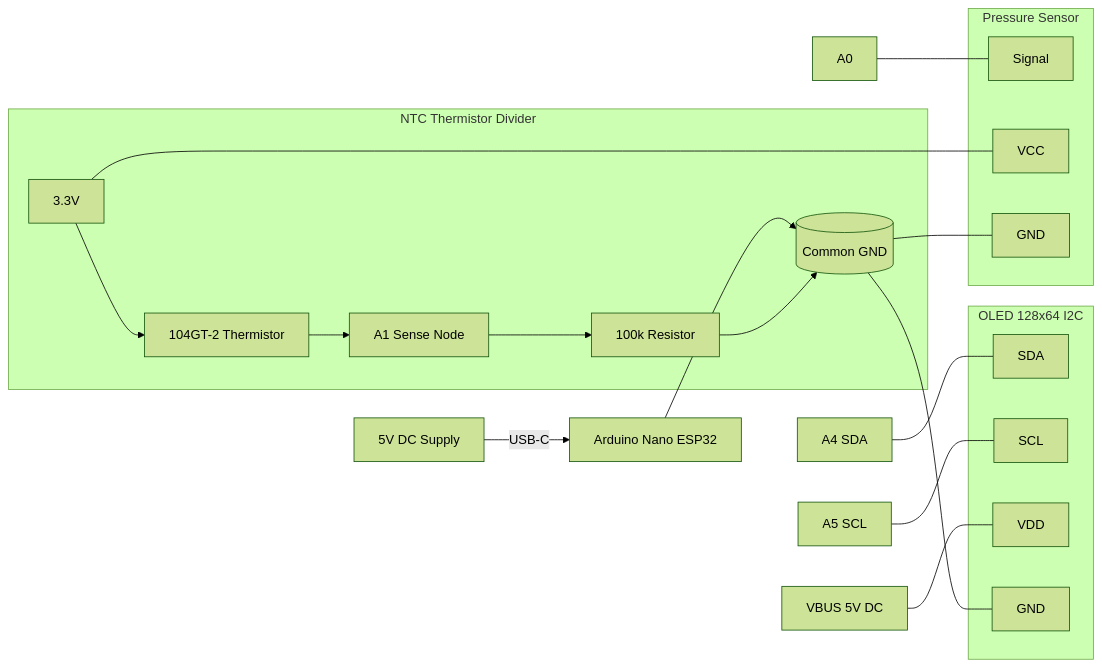
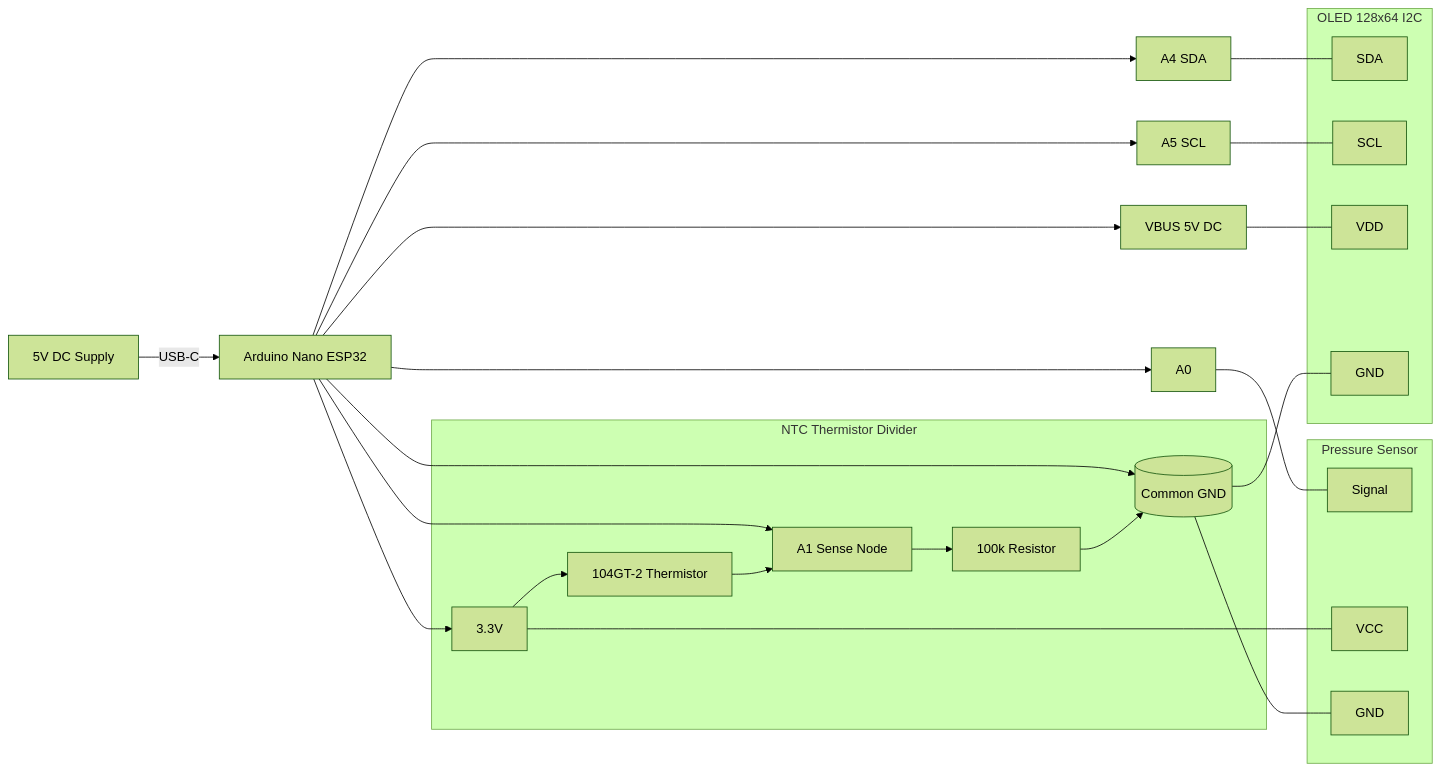
Before and after one commit to gereonwildermann/Dedicuino: the diagram in hardware/WIRING_DIAGRAM.md, drawn with Mermaid (forest theme).

Commit message:
Update WIRING_DIAGRAM.md to include additional connections for Arduino Nano ESP32

````diff
--- a/hardware/WIRING_DIAGRAM.md
+++ b/hardware/WIRING_DIAGRAM.md
@@ -28,34 +28,40 @@
 ```mermaid
 flowchart LR
     PS[5V DC Supply] -->|USB-C| NANO[Arduino Nano ESP32]
     NANO --> GND[(Common GND)]
+    NANO --> V33[3.3V]
+    NANO --> A0[A0]
+    NANO --> A1[A1]
+    NANO --> A4[A4 SDA]
+    NANO --> A5[A5 SCL]
+    NANO --> VBUS[VBUS 5V DC]
 
     subgraph OLED[OLED 128x64 I2C]
       O_SDA[SDA]
       O_SCL[SCL]
       O_VDD[VDD]
       O_GND[GND]
     end
 
     A4[A4 SDA] --- O_SDA
     A5[A5 SCL] --- O_SCL
     VBUS[VBUS 5V DC] --- O_VDD
     GND --- O_GND
 
     subgraph PRESS[Pressure Sensor]
       P_OUT[Signal]
       P_VCC[VCC]
       P_GND[GND]
     end
 
     A0[A0] --- P_OUT
     V33[3.3V] --- P_VCC
     GND --- P_GND
 
     subgraph TEMP[NTC Thermistor Divider]
       V33 --> TH[104GT-2 Thermistor]
       TH --> A1[A1 Sense Node]
       A1 --> R100[100k Resistor]
       R100 --> GND
     end
 ```
````
